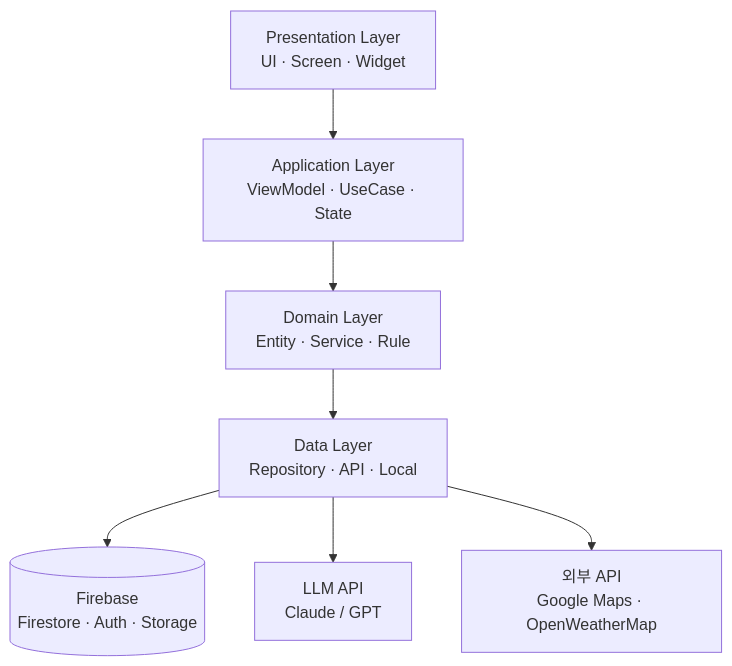
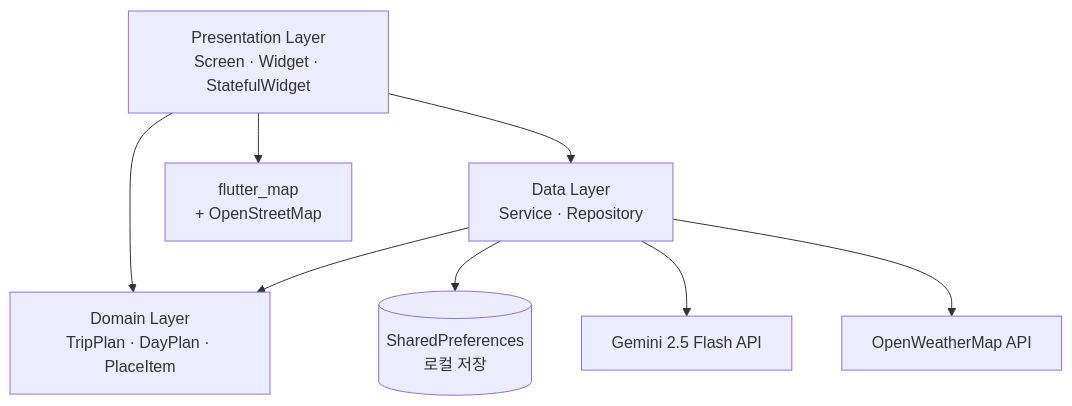
The first of 2 diagrams in docs/architecture.md (dasol2024136073/Claude_application), drawn with Mermaid before and after one commit. The commit also changed other lines of this file and 5 other files, not shown here.

````diff
--- a/docs/architecture.md
+++ b/docs/architecture.md
@@ -12,10 +14,11 @@
 ```mermaid
 graph TD
-    A[Presentation Layer<br/>UI · Screen · Widget] --> B[Application Layer<br/>ViewModel · UseCase · State]
-    B --> C[Domain Layer<br/>Entity · Service · Rule]
-    C --> D[Data Layer<br/>Repository · API · Local]
+    A[Presentation Layer<br/>Screen · Widget · StatefulWidget] --> C[Domain Layer<br/>TripPlan · DayPlan · PlaceItem]
+    A --> D[Data Layer<br/>Service · Repository]
+    D --> C
 
-    D --> E[(Firebase<br/>Firestore · Auth · Storage)]
-    D --> F[LLM API<br/>Claude / GPT]
-    D --> G[외부 API<br/>Google Maps · OpenWeatherMap]
+    D --> E[(SharedPreferences<br/>로컬 저장)]
+    D --> F[Gemini 2.5 Flash API]
+    D --> G[OpenWeatherMap API]
+    A --> H[flutter_map<br/>+ OpenStreetMap]
 ```
````
